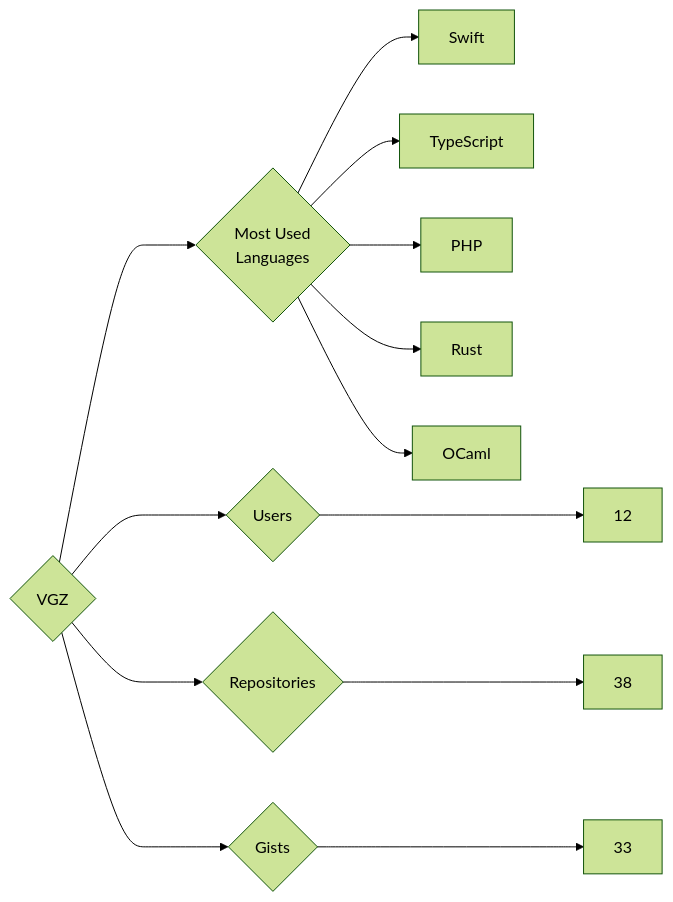
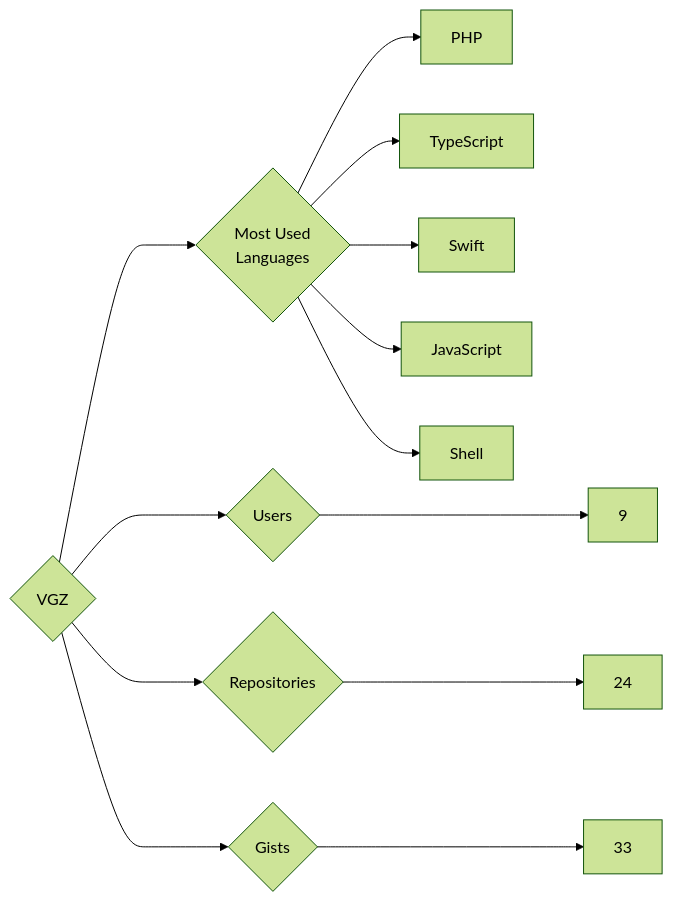
The diagram in targets/VGZ/README.md (trickest/insiders), drawn with Mermaid (forest theme) before and after one commit. The commit also changed 833 other files, not shown here.

````diff
--- a/targets/VGZ/README.md
+++ b/targets/VGZ/README.md
@@ -3,13 +3,13 @@
 ```mermaid
 graph LR
 COMPANY_NAME{VGZ}
-COMPANY_NAME ---> U{Users} ---> UN[12]
-COMPANY_NAME ---> R{Repositories} ---> RN[38]
+COMPANY_NAME ---> U{Users} ---> UN[9]
+COMPANY_NAME ---> R{Repositories} ---> RN[24]
 COMPANY_NAME ---> G{Gists} ---> GN[33]
 COMPANY_NAME ---> ML{Most Used<br>Languages}
+ML --> PHP[PHP]
+ML --> TypeScript[TypeScript]
 ML --> Swift[Swift]
-ML --> TypeScript[TypeScript]
-ML --> PHP[PHP]
-ML --> Rust[Rust]
-ML --> OCaml[OCaml]
+ML --> JavaScript[JavaScript]
+ML --> Shell[Shell]
 ```
````
